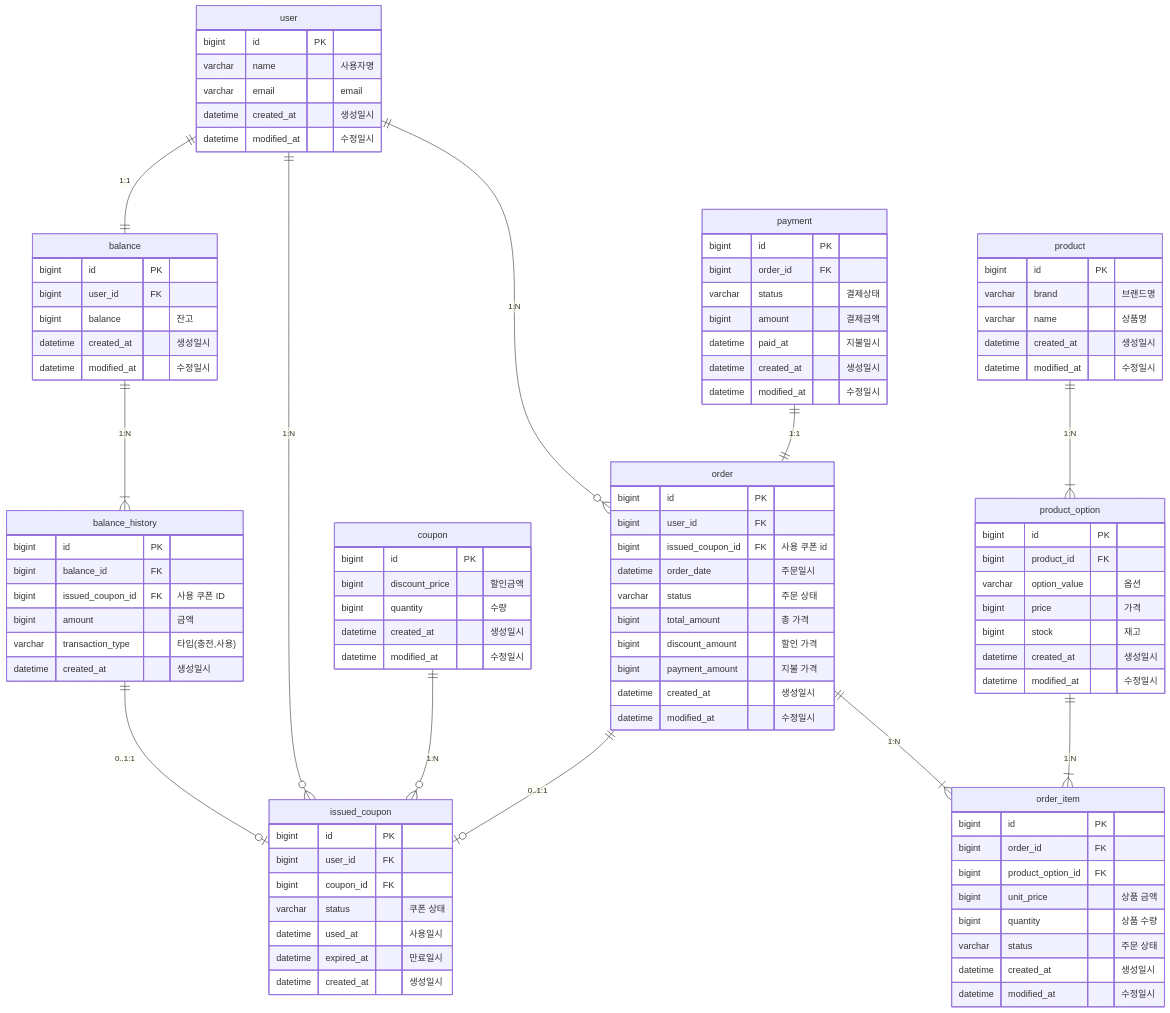
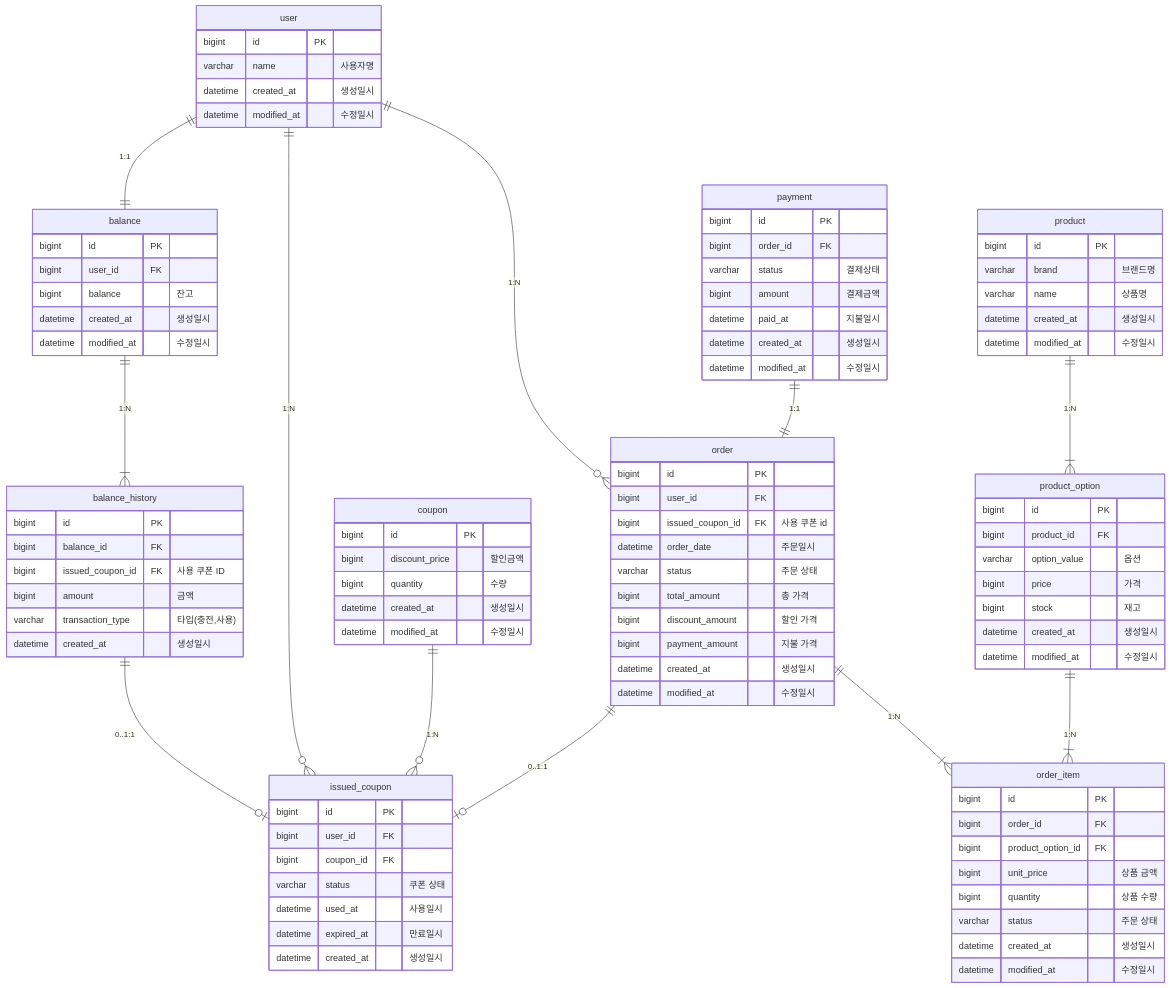
One commit to ch00kh/e-commerce-sercvice changed the diagram in docs/requirements-analysis/erd.md. Above: the diagram before and after it, drawn with Mermaid. The commit also changed 2 other files, not shown here.

Commit message:
docs: 문서 수정(balance, coupon)

```diff
--- a/docs/requirements-analysis/erd.md
+++ b/docs/requirements-analysis/erd.md
@@ -15,7 +15,6 @@
   user {
     bigint id PK
     varchar name "사용자명"
-    varchar email "email"
     datetime created_at "생성일시"
     datetime modified_at "수정일시"
   }
```
